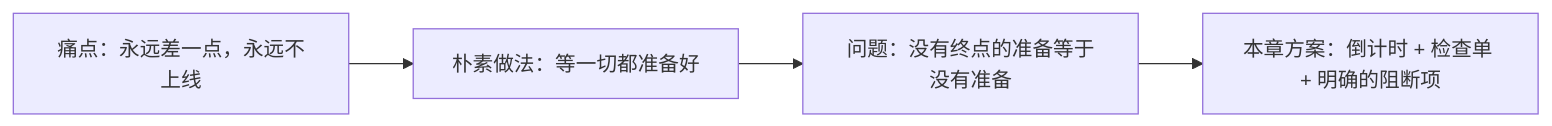
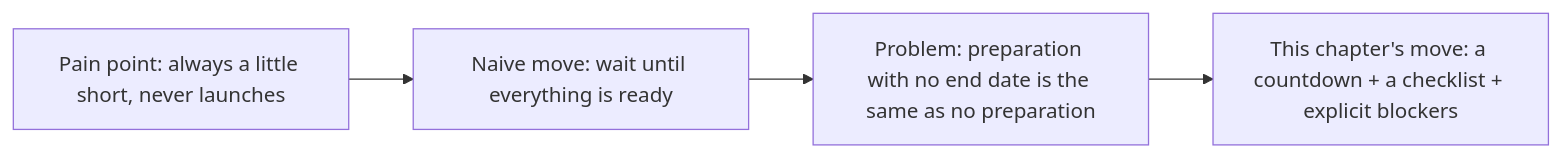
One commit to xzlxiao/vibe-coding-textbook changed the first of 2 diagrams in phase5/chapters/ch10-launch-playbook.md. Above: the diagram before and after it, drawn with Mermaid. The commit also changed other lines of this file and 10 other files, not shown here.

````diff
--- a/phase5/chapters/ch10-launch-playbook.md
+++ b/phase5/chapters/ch10-launch-playbook.md
@@ -37,6 +37,6 @@
 ```mermaid
 flowchart LR
-    P["痛点：永远差一点，永远不上线"] --> N["朴素做法：等一切都准备好"]
-    N --> F["问题：没有终点的准备等于没有准备"]
-    F --> S["本章方案：倒计时 + 检查单 + 明确的阻断项"]
+    P["Pain point: always a little short, never launches"] --> N["Naive move: wait until everything is ready"]
+    N --> F["Problem: preparation with no end date is the same as no preparation"]
+    F --> S["This chapter's move: a countdown + a checklist + explicit blockers"]
 ```
````
